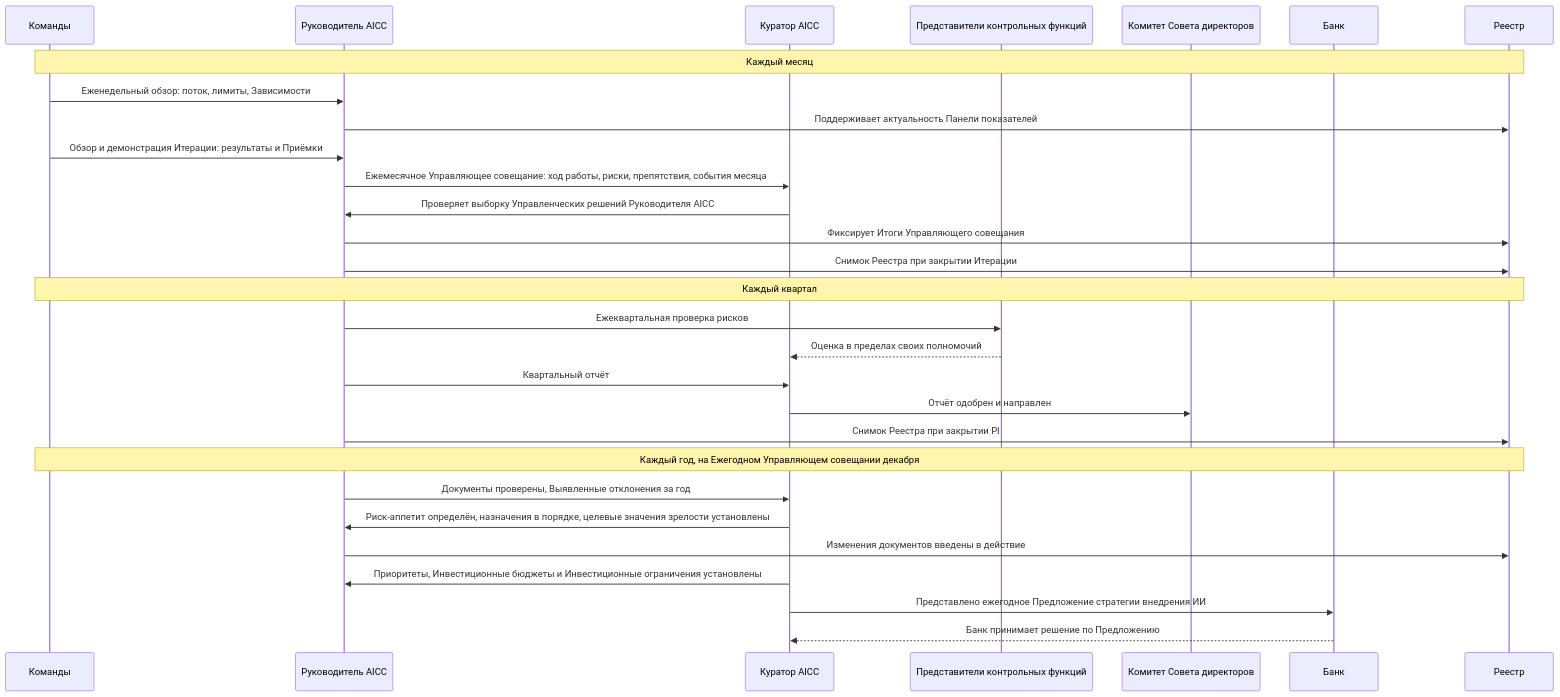
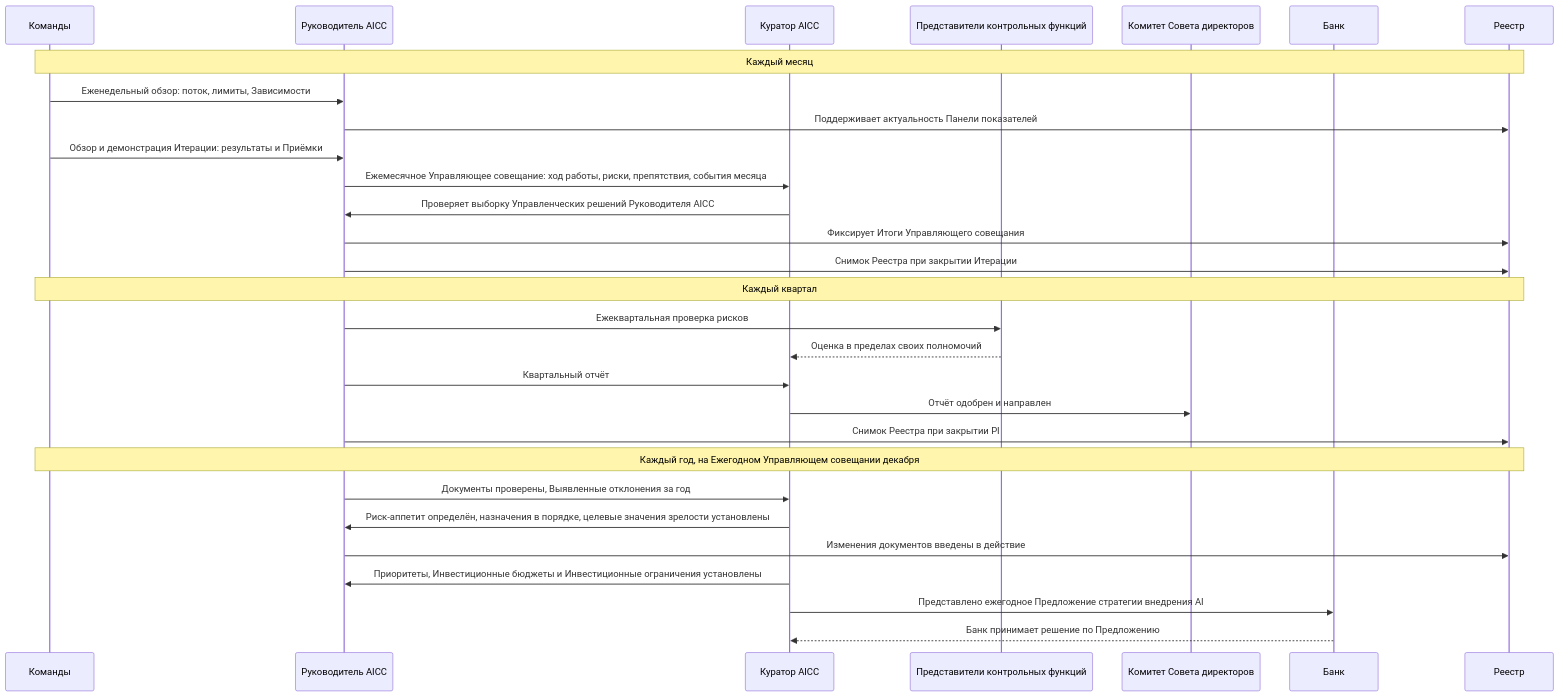
One commit to devhogu/ob-aicc changed the third of 6 diagrams in charter/ru/workflows/unit-governance.md. Above: the diagram before and after it, drawn with Mermaid. The commit also changed other lines of this file and 768 other files, not shown here.

````diff
--- a/charter/ru/workflows/unit-governance.md
+++ b/charter/ru/workflows/unit-governance.md
@@ -84,31 +84,31 @@
 ```mermaid
 sequenceDiagram
   participant T as Команды
   participant L as Руководитель AICC
   participant ES as Куратор AICC
   participant CF as Представители контрольных функций
   participant BC as Комитет Совета директоров
   participant BK as Банк
   participant R as Реестр
   Note over T,R: Каждый месяц
   T->>L: Еженедельный обзор: поток, лимиты, Зависимости
   L->>R: Поддерживает актуальность Панели показателей
   T->>L: Обзор и демонстрация Итерации: результаты и Приёмки
   L->>ES: Ежемесячное Управляющее совещание: ход работы, риски, препятствия, события месяца
   ES->>L: Проверяет выборку Управленческих решений Руководителя AICC
   L->>R: Фиксирует Итоги Управляющего совещания
   L->>R: Снимок Реестра при закрытии Итерации
   Note over T,R: Каждый квартал
   L->>CF: Ежеквартальная проверка рисков
   CF-->>ES: Оценка в пределах своих полномочий
   L->>ES: Квартальный отчёт
   ES->>BC: Отчёт одобрен и направлен
   L->>R: Снимок Реестра при закрытии PI
   Note over T,R: Каждый год, на Ежегодном Управляющем совещании декабря
   L->>ES: Документы проверены, Выявленные отклонения за год
   ES->>L: Риск-аппетит определён, назначения в порядке, целевые значения зрелости установлены
   L->>R: Изменения документов введены в действие
   ES->>L: Приоритеты, Инвестиционные бюджеты и Инвестиционные ограничения установлены
-  ES->>BK: Представлено ежегодное Предложение стратегии внедрения ИИ
+  ES->>BK: Представлено ежегодное Предложение стратегии внедрения AI
   BK-->>ES: Банк принимает решение по Предложению
 ```
````
